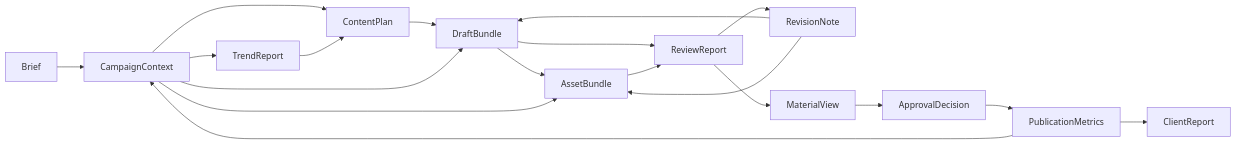
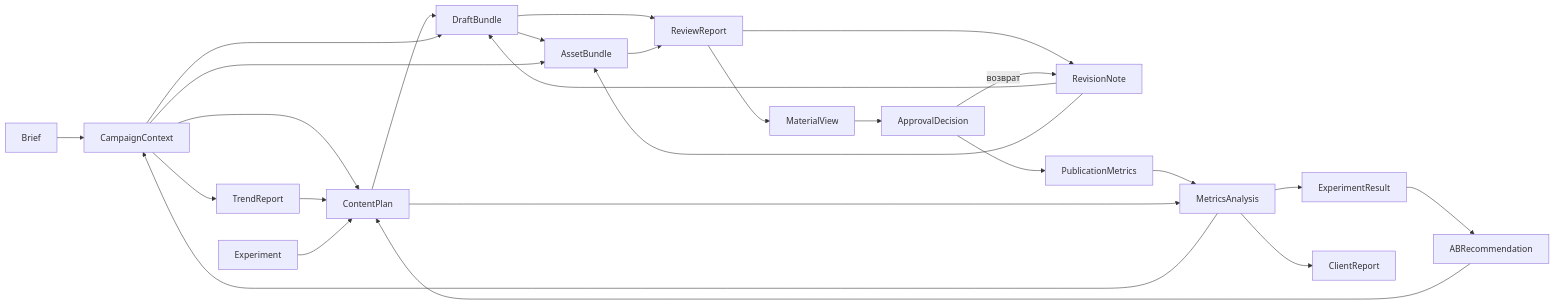
One commit to erzetix/Erzetix-AI-Studio-B2B changed the diagram in docs/DATA_FLOW.md. Above: the diagram before and after it, drawn with Mermaid. The commit also changed other lines of this file and 49 other files, not shown here.

````diff
--- a/docs/DATA_FLOW.md
+++ b/docs/DATA_FLOW.md
@@ -9,21 +9,28 @@
 ```mermaid
 flowchart LR
     Brief[Brief] --> Context[CampaignContext]
     Context --> Report[TrendReport]
     Context --> Plan[ContentPlan]
     Report --> Plan
     Plan --> Drafts[DraftBundle]
     Context --> Drafts
     Drafts --> Assets[AssetBundle]
     Context --> Assets
     Drafts --> Review[ReviewReport]
     Assets --> Review
     Review --> Notes[RevisionNote]
     Notes --> Drafts
     Notes --> Assets
     Review --> Views[MaterialView]
     Views --> Decision[ApprovalDecision]
+    Decision -- возврат --> Notes
     Decision --> Metrics[PublicationMetrics]
-    Metrics --> Context
-    Metrics --> ClientReport[ClientReport]
+    Metrics --> Analysis[MetricsAnalysis]
+    Plan --> Analysis
+    Analysis --> Context
+    Analysis --> ExpResult[ExperimentResult]
+    Experiment[Experiment] --> Plan
+    ExpResult --> Rec[ABRecommendation]
+    Rec --> Plan
+    Analysis --> ClientReport[ClientReport]
 ```
````
